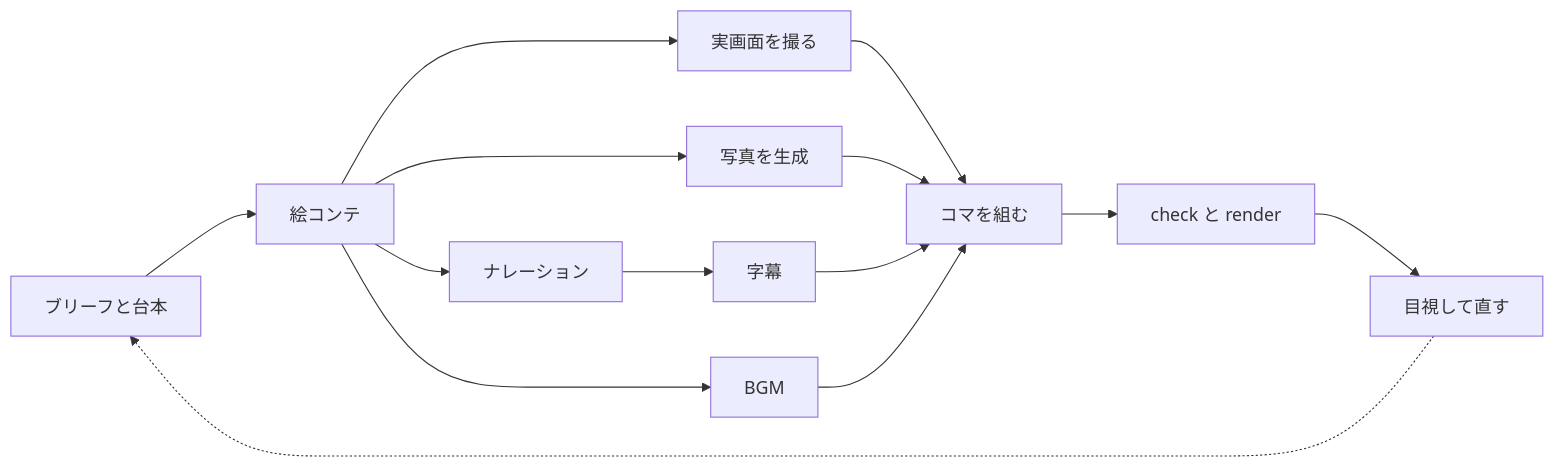
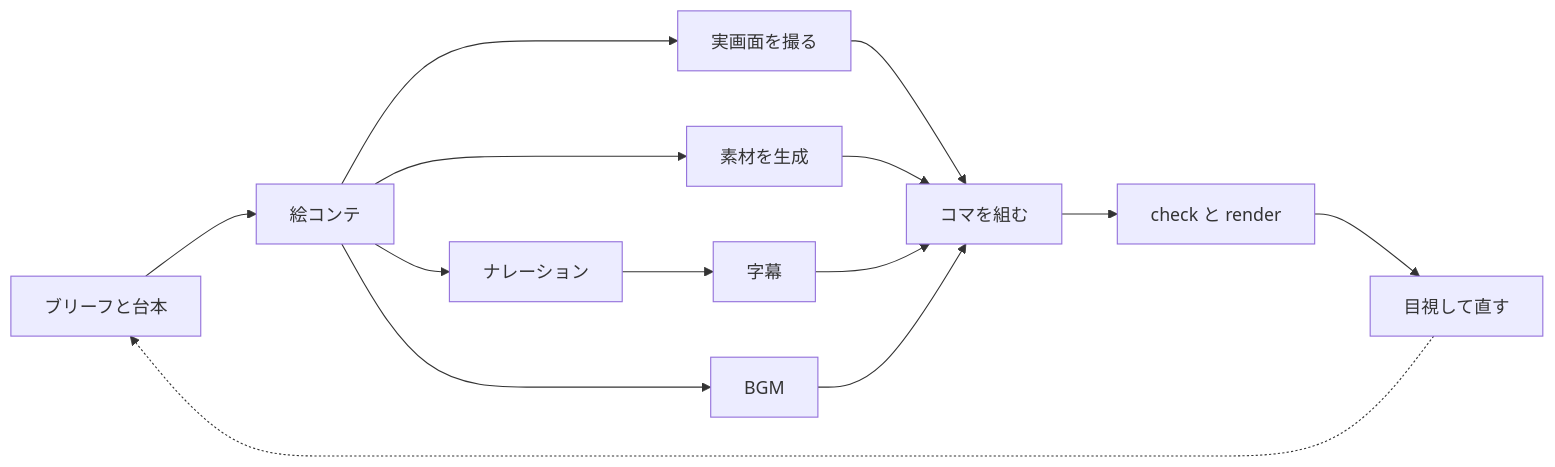
Before and after one commit to hayato-kishikawa/claude-code-demo-video-kit: the diagram in articles/claude-code-demo-video-hyperframes.md, drawn with Mermaid. The commit also changed other lines of this file and 11 other files, not shown here.

````diff
--- a/articles/claude-code-demo-video-hyperframes.md
+++ b/articles/claude-code-demo-video-hyperframes.md
@@ -64,16 +65,16 @@
 ```mermaid
 flowchart LR
   A[ブリーフと台本] --> B[絵コンテ]
   B --> C1[実画面を撮る]
-  B --> C2[写真を生成]
+  B --> C2[素材を生成]
   B --> D[ナレーション]
   D --> E[字幕]
   B --> F[BGM]
   C1 --> G[コマを組む]
   C2 --> G
   E --> G
   F --> G
   G --> H[check と render]
   H --> I[目視して直す]
   I -.-> A
 ```
````
